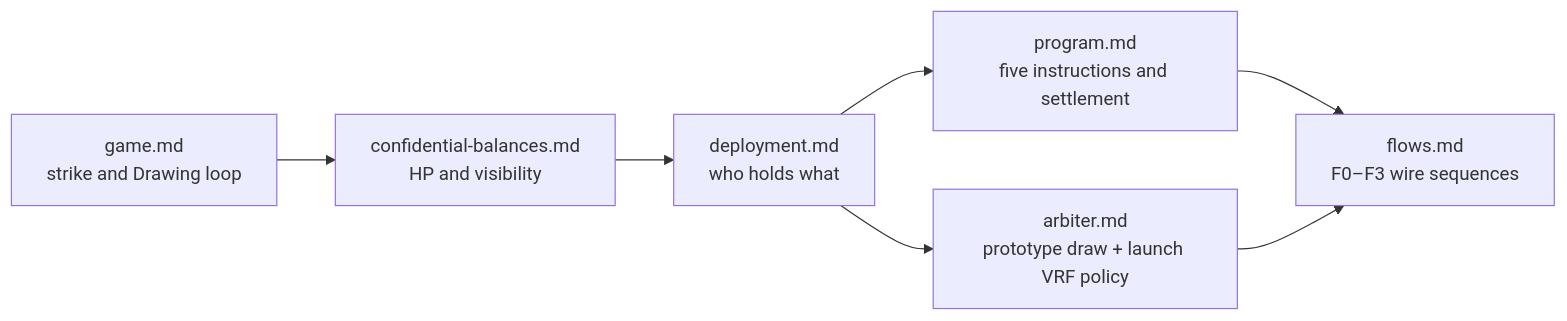
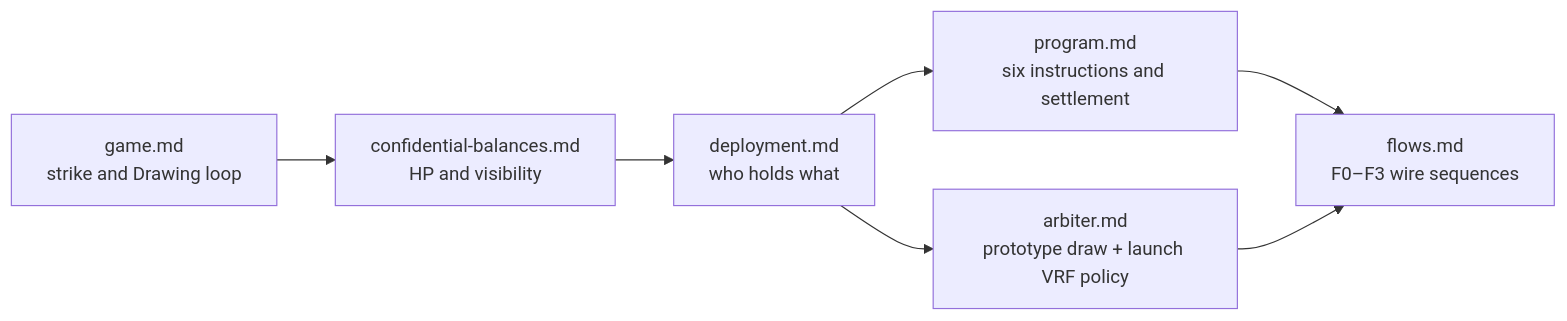
The diagram in docs/README.md (kilogold/confidential-pinata), drawn with Mermaid before and after one commit. The commit also changed other lines of this file and 43 other files, not shown here.

````diff
--- a/docs/README.md
+++ b/docs/README.md
@@ -9,16 +9,16 @@
 ```mermaid
 flowchart LR
   game[game.md<br/>strike and Drawing loop]
   cb[confidential-balances.md<br/>HP and visibility]
   dep[deployment.md<br/>who holds what]
-  prog[program.md<br/>five instructions and settlement]
+  prog[program.md<br/>six instructions and settlement]
   arb[arbiter.md<br/>prototype draw + launch VRF policy]
   flows[flows.md<br/>F0–F3 wire sequences]
 
   game --> cb
   cb --> dep
   dep --> prog
   dep --> arb
   prog --> flows
   arb --> flows
 ```
````
